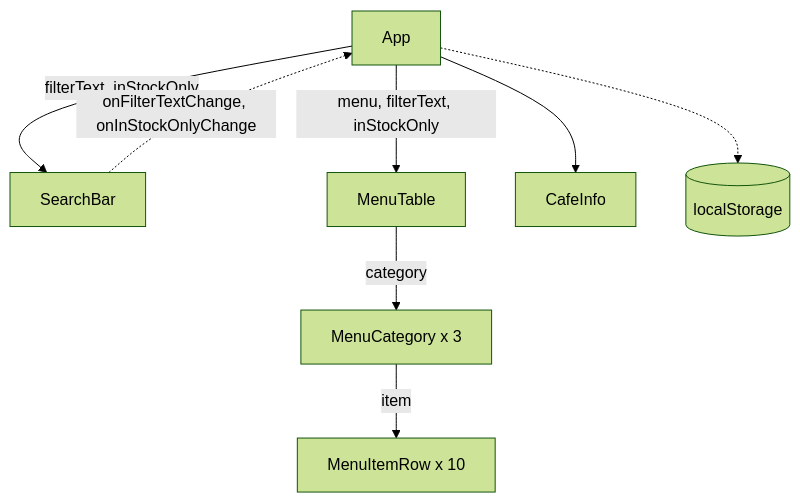
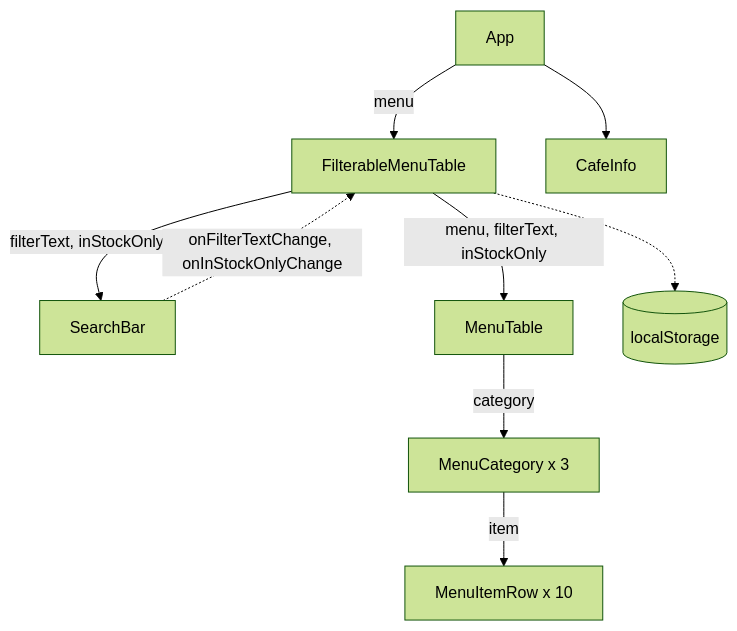
Before and after one commit to daryna698/react: the diagram in lab-4/README.md, drawn with Mermaid (forest theme). The commit also changed 2 other files, not shown here.

Commit message:
refactor: move the filter state into FilterableMenuTable

````diff
--- a/lab-4/README.md
+++ b/lab-4/README.md
@@ -31,11 +31,12 @@
 ```mermaid
 flowchart TD
-  App -->|"filterText, inStockOnly"| SearchBar
-  App -->|"menu, filterText, inStockOnly"| MenuTable
+  App -->|"menu"| FilterableMenuTable
   App --> CafeInfo
+  FilterableMenuTable -->|"filterText, inStockOnly"| SearchBar
+  FilterableMenuTable -->|"menu, filterText, inStockOnly"| MenuTable
   MenuTable -->|"category"| MenuCategory["MenuCategory x 3"]
   MenuCategory -->|"item"| MenuItemRow["MenuItemRow x 10"]
 
-  SearchBar -.->|"onFilterTextChange, onInStockOnlyChange"| App
-  App -.-> localStorage[("localStorage")]
+  SearchBar -.->|"onFilterTextChange, onInStockOnlyChange"| FilterableMenuTable
+  FilterableMenuTable -.-> localStorage[("localStorage")]
 ```
````
